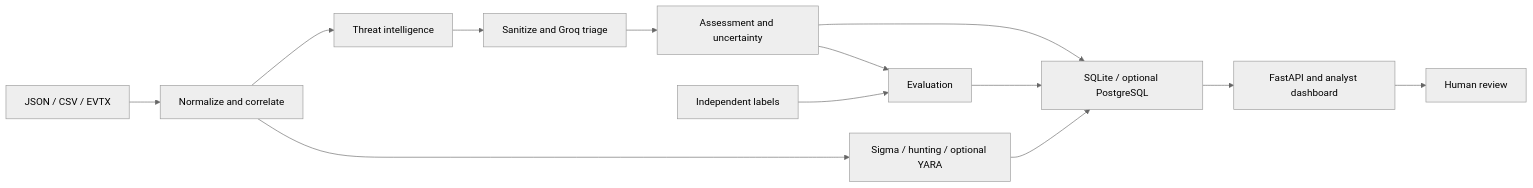
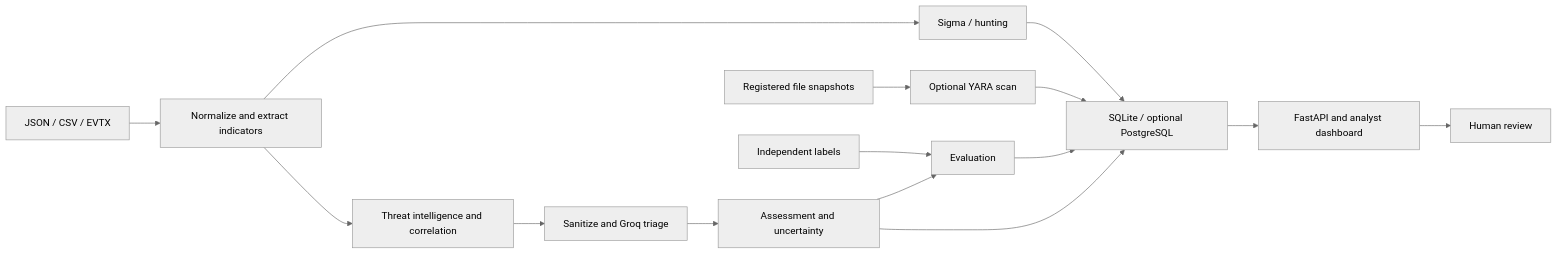
Before and after one commit to KrishnenduOfficial/triagelens: the diagram in README.md, drawn with Mermaid (neutral theme). The commit also changed other lines of this file and 1 other file, not shown here.

````diff
--- a/README.md
+++ b/README.md
@@ -68,15 +50,17 @@
 ```mermaid
 flowchart LR
-    A[JSON / CSV / EVTX] --> B[Normalize and correlate]
-    B --> C[Threat intelligence]
+    A[JSON / CSV / EVTX] --> B[Normalize and extract indicators]
+    B --> C[Threat intelligence and correlation]
     C --> D[Sanitize and Groq triage]
     D --> E[Assessment and uncertainty]
-    B --> F[Sigma / hunting / optional YARA]
+    B --> F[Sigma / hunting]
+    K[Registered file snapshots] --> Y[Optional YARA scan]
     E --> G[SQLite / optional PostgreSQL]
     F --> G
+    Y --> G
     L[Independent labels] --> H[Evaluation]
     E --> H
     H --> G
     G --> I[FastAPI and analyst dashboard]
     I --> J[Human review]
 ```
````
